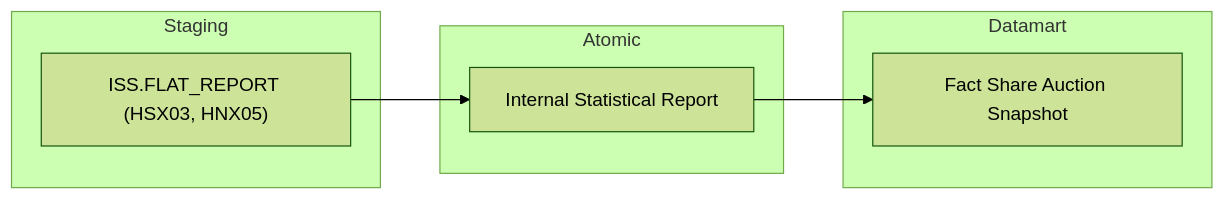
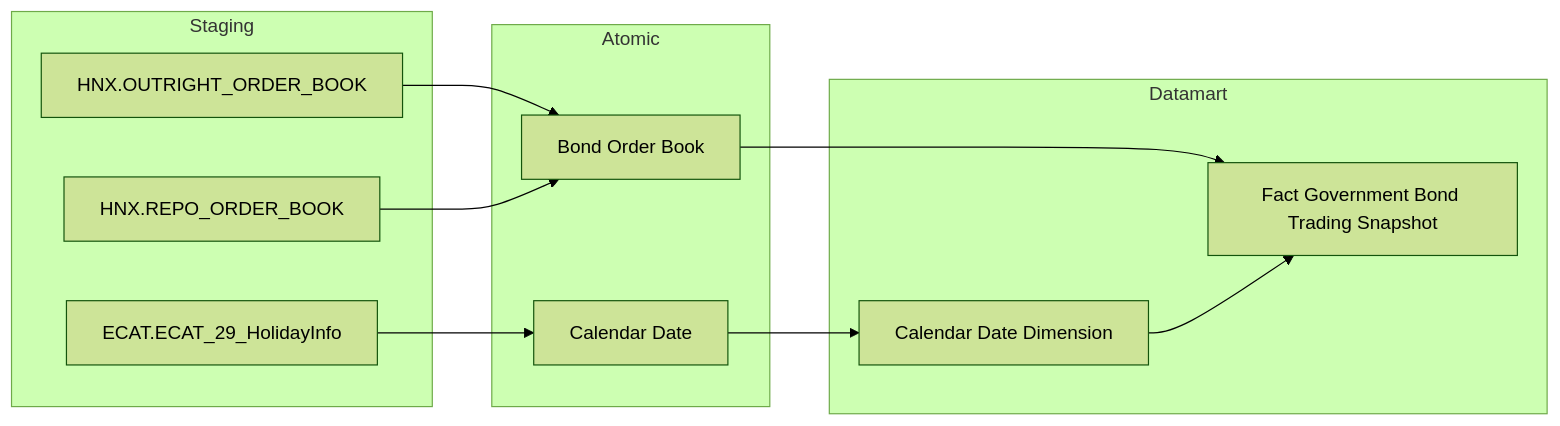
Before and after one commit to linhlvit/ubck_atomic_design: the seventh of 40 diagrams in Datamart/hld/DTM_VP_HLD.md, drawn with Mermaid (forest theme). The commit also changed other lines of this file and 25 other files, not shown here.

````diff
--- a/Datamart/hld/DTM_VP_HLD.md
+++ b/Datamart/hld/DTM_VP_HLD.md
@@ -192,14 +205,22 @@
 ```mermaid
 flowchart LR
     subgraph SRC["Staging"]
-        ISS_FLAT_REPORT_AUCT["ISS.FLAT_REPORT (HSX03, HNX05)"]
+        HNX_OUTRIGHT_ORDER_BOOK["HNX.OUTRIGHT_ORDER_BOOK"]
+        HNX_REPO_ORDER_BOOK["HNX.REPO_ORDER_BOOK"]
+        ECAT_ECAT_29_HolidayInfo["ECAT.ECAT_29_HolidayInfo"]
     end
     subgraph SIL["Atomic"]
-        Internal_Statistical_Report7["Internal Statistical Report"]
+        Bond_Order_Book["Bond Order Book"]
+        Calendar_Date["Calendar Date"]
     end
     subgraph GOLD["Datamart"]
-        fct_share_auction_snpst["Fact Share Auction Snapshot"]
+        Calendar_Date_Dimension["Calendar Date Dimension"]
+        Fact_Government_Bond_Trading_Snapshot["Fact Government Bond Trading Snapshot"]
     end
-    ISS_FLAT_REPORT_AUCT --> Internal_Statistical_Report7
-    Internal_Statistical_Report7 --> fct_share_auction_snpst
+    HNX_OUTRIGHT_ORDER_BOOK --> Bond_Order_Book
+    HNX_REPO_ORDER_BOOK --> Bond_Order_Book
+    ECAT_ECAT_29_HolidayInfo --> Calendar_Date
+    Bond_Order_Book --> Fact_Government_Bond_Trading_Snapshot
+    Calendar_Date --> Calendar_Date_Dimension
+    Calendar_Date_Dimension --> Fact_Government_Bond_Trading_Snapshot
 ```
````
